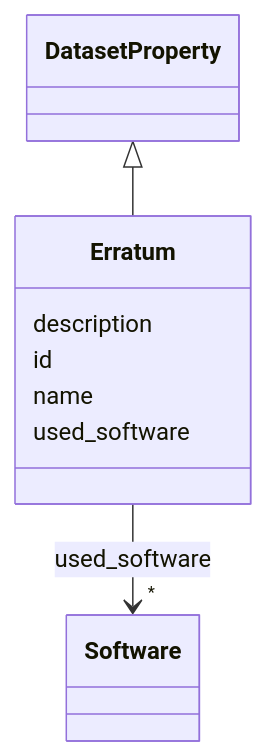
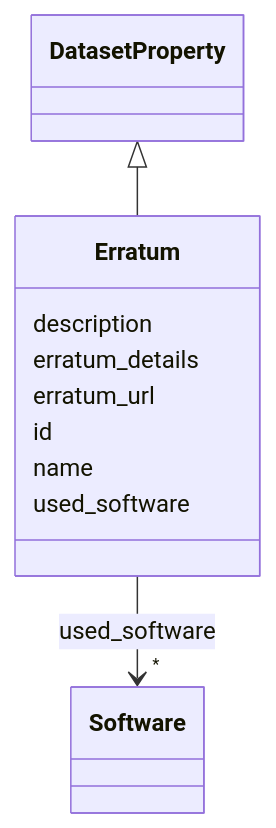
Before and after one commit to bridge2ai/data-sheets-schema: the diagram in docs/Erratum.md, drawn with Mermaid. The commit also changed other lines of this file and 682 other files, not shown here.

````diff
--- a/docs/Erratum.md
+++ b/docs/Erratum.md
@@ -20,26 +20,30 @@
 ```mermaid
  classDiagram
     class Erratum
     click Erratum href "../Erratum/"
       DatasetProperty <|-- Erratum
         click DatasetProperty href "../DatasetProperty/"
       
       Erratum : description
+        
+      Erratum : erratum_details
+        
+      Erratum : erratum_url
         
       Erratum : id
         
       Erratum : name
         
       Erratum : used_software
         
           
     
         
         
         Erratum --> "*" Software : used_software
         click Software href "../Software/"
     
 
         
       
 ```
````
